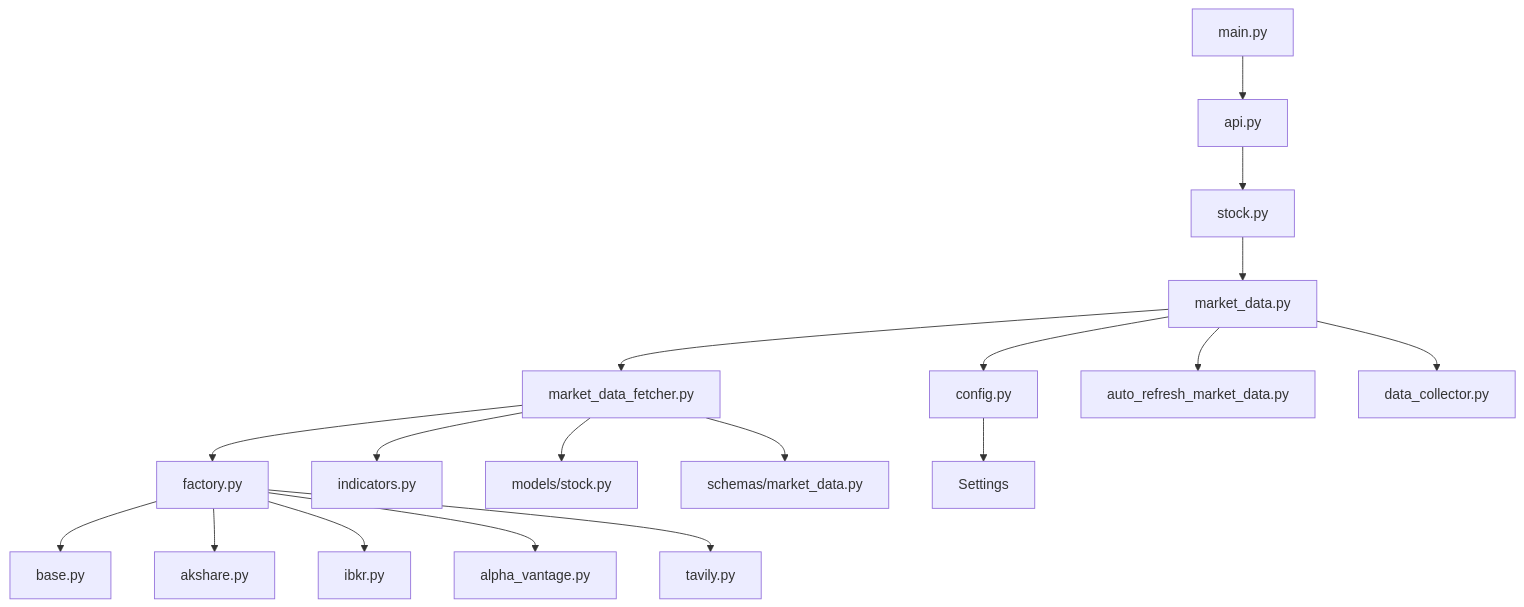
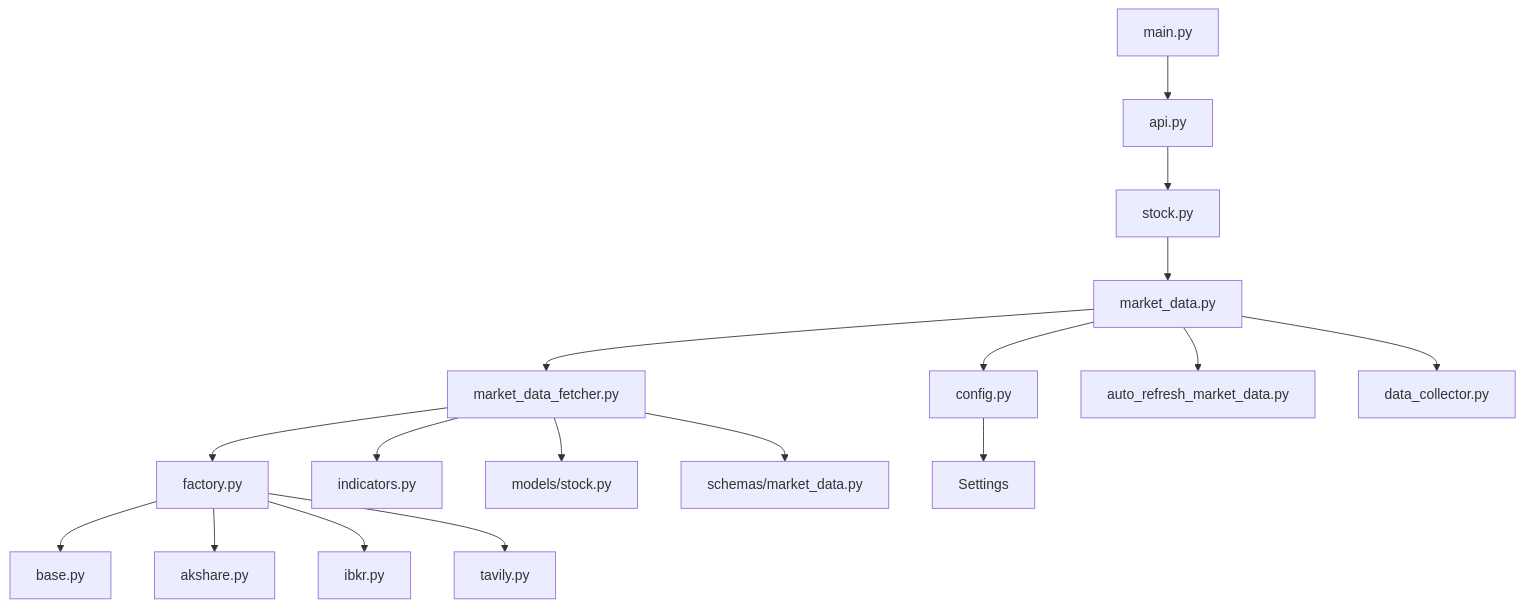
One commit to breeze-lyf/ai-stock-advisor changed diagram 19 of 19 in .qoder/repowiki/zh/content/后端开发指南/业务服务实现/市场数据提供商架构.md. Above: the diagram before and after it, drawn with Mermaid. The commit also changed other lines of this file and 122 other files, not shown here.

````diff
--- a/.qoder/repowiki/zh/content/后端开发指南/业务服务实现/市场数据提供商架构.md
+++ b/.qoder/repowiki/zh/content/后端开发指南/业务服务实现/市场数据提供商架构.md
@@ -916,20 +893,19 @@
 ```mermaid
 graph TD
 MAIN[main.py] --> API[api.py]
 API --> STOCK[stock.py]
 STOCK --> SERVICE[market_data.py]
 SERVICE --> FETCHER[market_data_fetcher.py]
 FETCHER --> FACTORY[factory.py]
 FETCHER --> INDICATORS[indicators.py]
 FETCHER --> MODELS[models/stock.py]
 FETCHER --> SCHEMAS[schemas/market_data.py]
 FACTORY --> BASE[base.py]
 FACTORY --> AK[akshare.py]
 FACTORY --> IB[ibkr.py]
-FACTORY --> AV[alpha_vantage.py]
 FACTORY --> TV[tavily.py]
 SERVICE --> CONFIG[config.py]
 CONFIG --> SETTINGS[Settings]
 SERVICE --> AUTO_REFRESH[auto_refresh_market_data.py]
 SERVICE --> DATA_COLLECTOR[data_collector.py]
 ```
````
